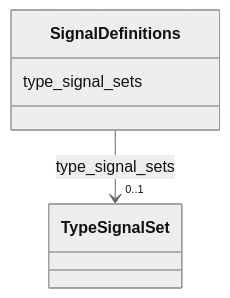
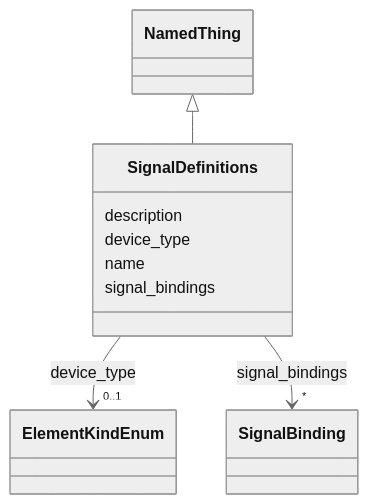
One commit to pals-project/pals-facility-config changed the diagram in docs_narad/SignalDefinitions.md. Above: the diagram before and after it, drawn with Mermaid (neutral theme). The commit also changed other lines of this file and 126 other files, not shown here.

````diff
--- a/docs_narad/SignalDefinitions.md
+++ b/docs_narad/SignalDefinitions.md
@@ -18,17 +18,35 @@
 ```mermaid
  classDiagram
     class SignalDefinitions
     click SignalDefinitions href "../SignalDefinitions/"
-      SignalDefinitions : type_signal_sets
+      NamedThing <|-- SignalDefinitions
+        click NamedThing href "../NamedThing/"
+      
+      SignalDefinitions : description
+        
+      SignalDefinitions : device_type
         
           
     
         
         
-        SignalDefinitions --> "0..1" TypeSignalSet : type_signal_sets
-        click TypeSignalSet href "../TypeSignalSet/"
+        SignalDefinitions --> "0..1" ElementKindEnum : device_type
+        click ElementKindEnum href "../ElementKindEnum/"
+    
+
+        
+      SignalDefinitions : name
+        
+      SignalDefinitions : signal_bindings
+        
+          
+    
+        
+        
+        SignalDefinitions --> "*" SignalBinding : signal_bindings
+        click SignalBinding href "../SignalBinding/"
     
 
         
       
 ```
````
